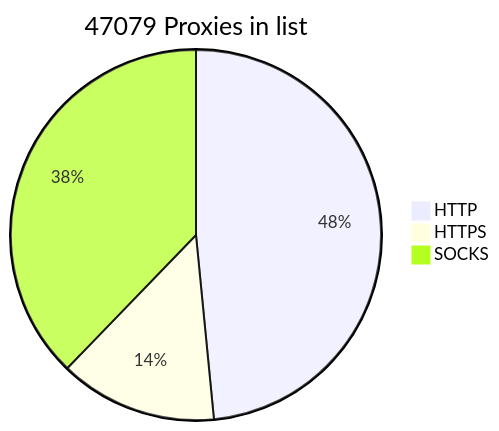
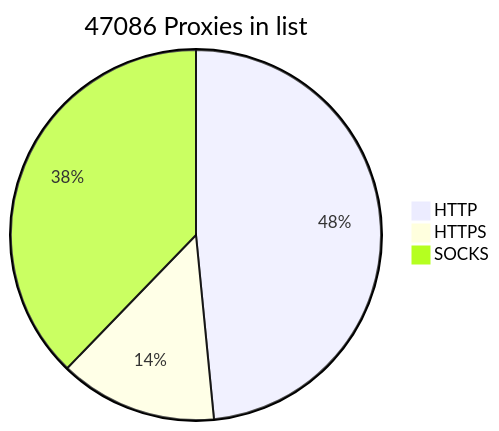
One commit to BlackSnowDot/proxylist-update-every-minute changed the diagram in README.md. Above: the diagram before and after it, drawn with Mermaid.

````diff
--- a/README.md
+++ b/README.md
@@ -2,6 +2,6 @@
 ```mermaid
-pie title 47079 Proxies in list
-    "HTTP" : 25468
-    "HTTPS": 7239
+pie title 47086 Proxies in list
+    "HTTP" : 25473
+    "HTTPS": 7247
     "SOCKS" : 19856
 ```
````
